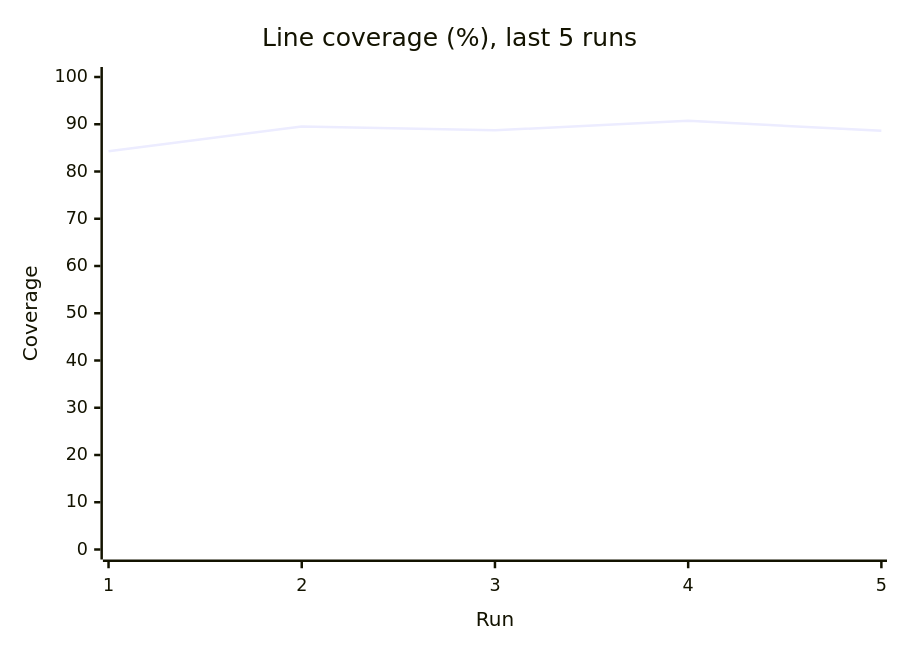
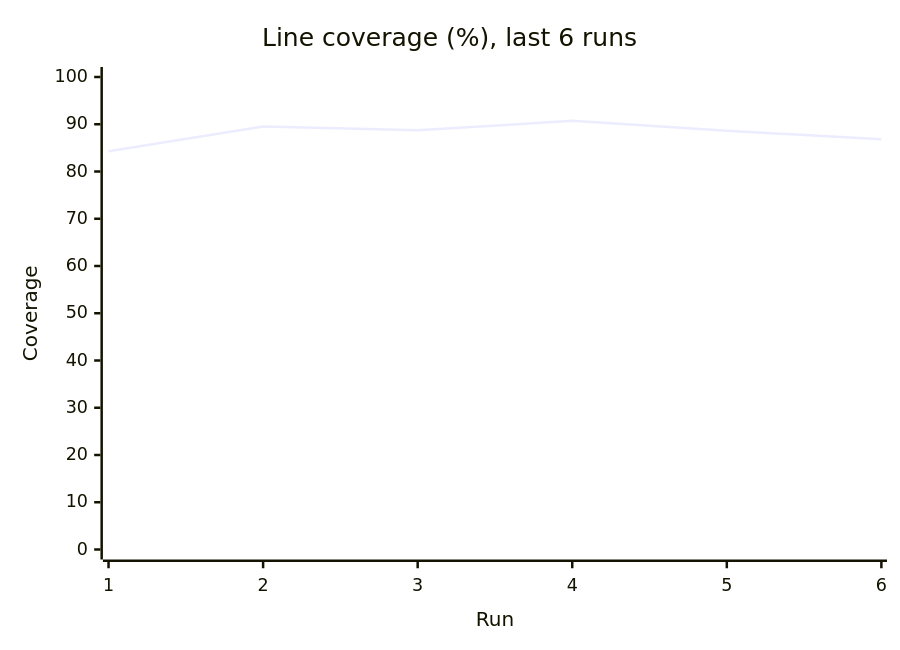
One commit to Shirojoufu/Flaky-Test-Lab changed the third of 3 diagrams in reports/summary.md. Above: the diagram before and after it, drawn with Mermaid. The commit also changed other lines of this file and 7 other files, not shown here.

````diff
--- a/reports/summary.md
+++ b/reports/summary.md
@@ -58,7 +58,7 @@
 ```mermaid
 xychart-beta
-    title "Line coverage (%), last 5 runs"
-    x-axis "Run" [1, 2, 3, 4, 5]
+    title "Line coverage (%), last 6 runs"
+    x-axis "Run" [1, 2, 3, 4, 5, 6]
     y-axis "Coverage" 0 --> 100
-    line [84.27, 89.52, 88.71, 90.73, 88.61]
+    line [84.27, 89.52, 88.71, 90.73, 88.61, 86.83]
 ```
````
